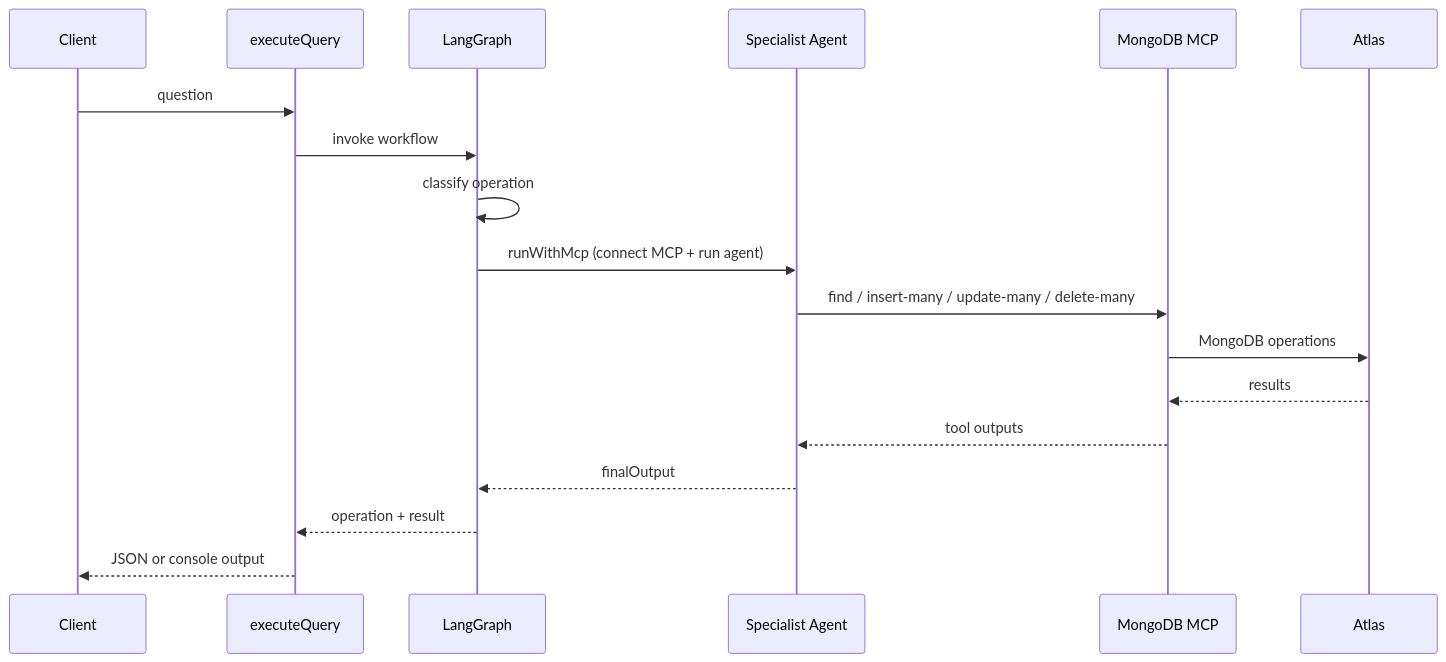
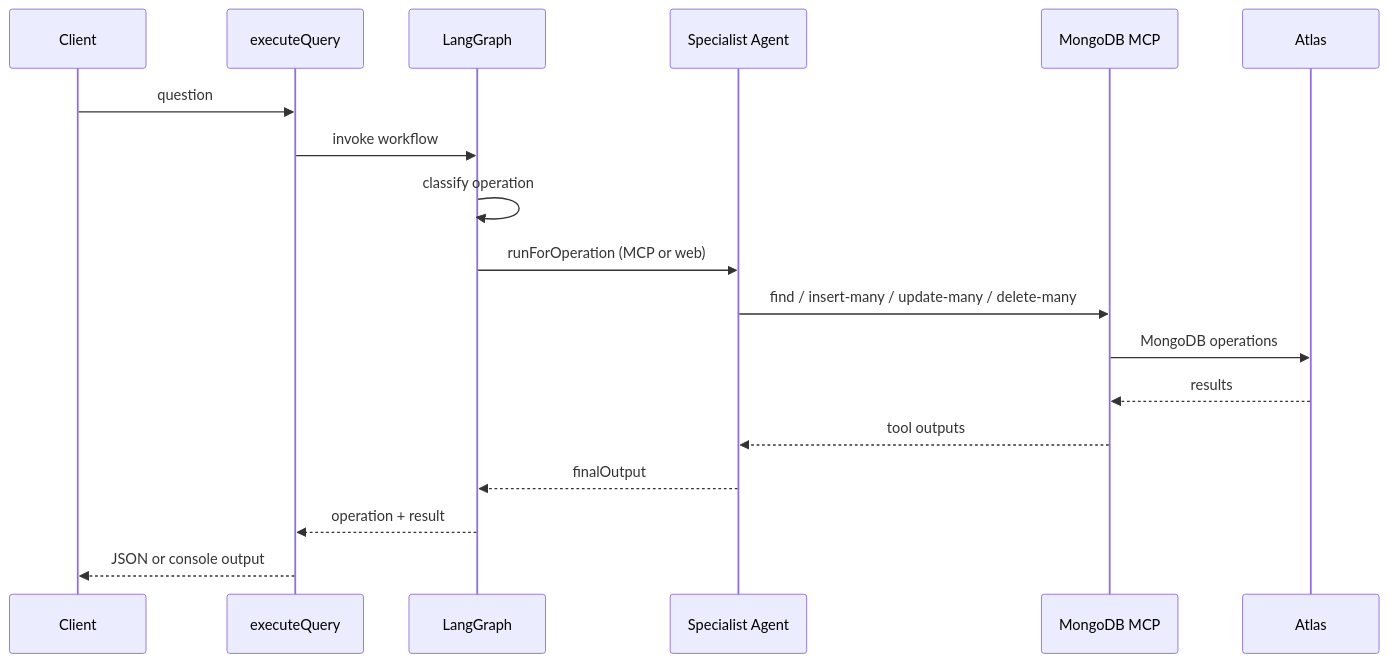
One commit to tansenkhan1990/MCP_TYEPSCRIPT_MONGODB_LANGGRAPH_OPENAI_AGENT changed the second of 2 diagrams in README.md. Above: the diagram before and after it, drawn with Mermaid. The commit also changed other lines of this file and 25 other files, not shown here.

````diff
--- a/README.md
+++ b/README.md
@@ -620,21 +636,21 @@
 ```mermaid
 sequenceDiagram
   participant C as Client
   participant E as executeQuery
   participant G as LangGraph
   participant A as Specialist Agent
   participant M as MongoDB MCP
   participant D as Atlas
 
   C->>E: question
   E->>G: invoke workflow
   G->>G: classify operation
-  G->>A: runWithMcp (connect MCP + run agent)
+  G->>A: runForOperation (MCP or web)
   A->>M: find / insert-many / update-many / delete-many
   M->>D: MongoDB operations
   D-->>M: results
   M-->>A: tool outputs
   A-->>G: finalOutput
   G-->>E: operation + result
   E-->>C: JSON or console output
 ```
````
